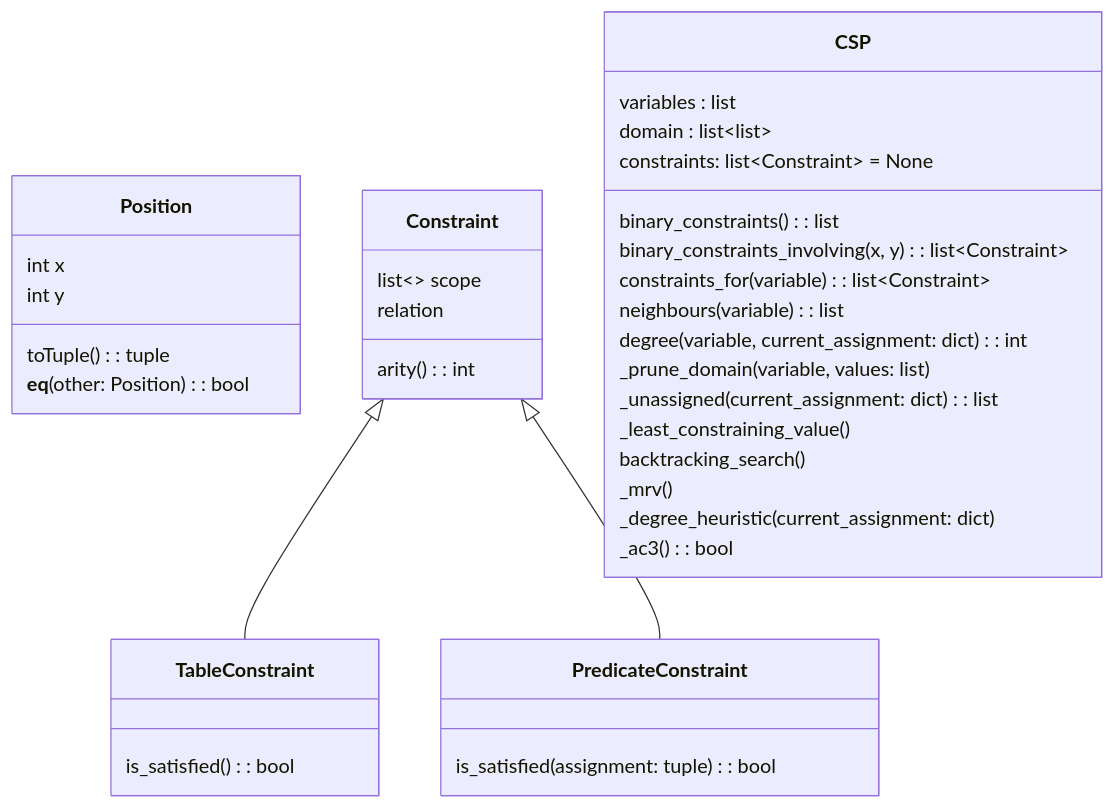
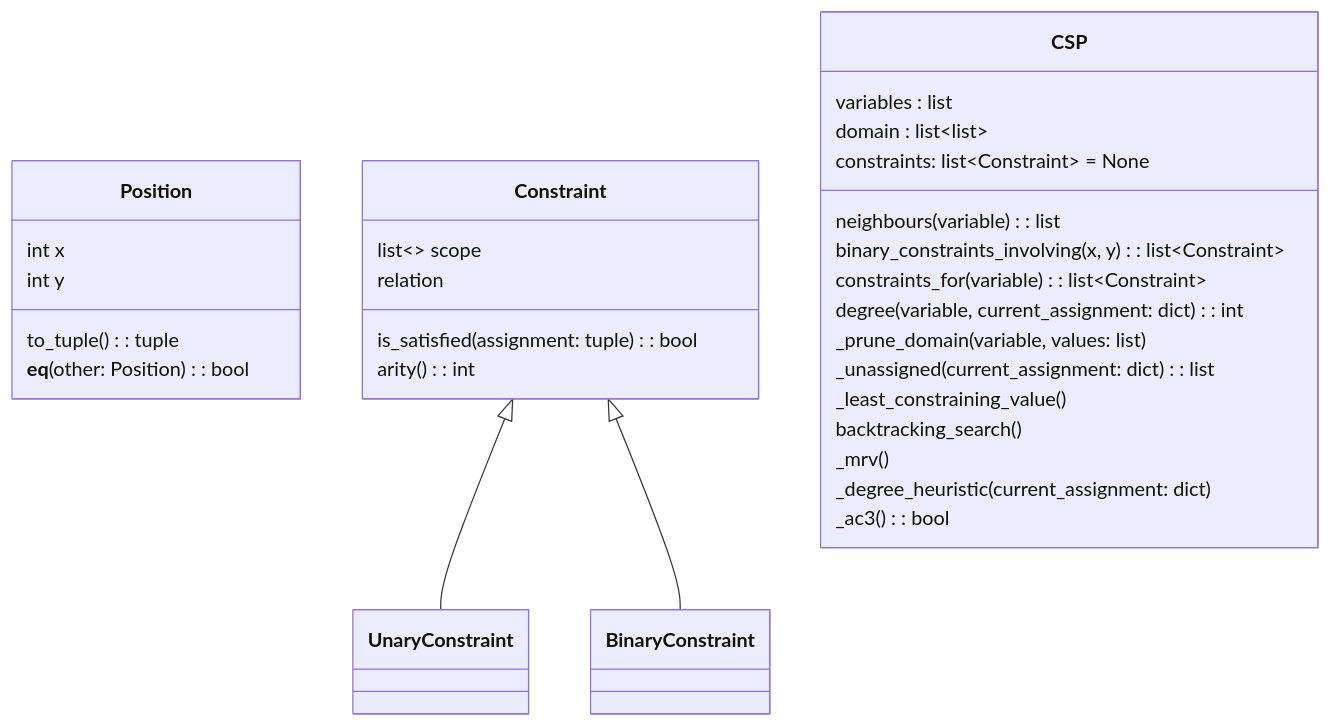
Before and after one commit to juliadeg/Labyrinth: the diagram in UML.md, drawn with Mermaid. The commit also changed 3 other files, not shown here.

````diff
--- a/UML.md
+++ b/UML.md
@@ -4,59 +4,59 @@
 ```mermaid
 classDiagram
     class Position {
         int x
         int y
 
-        toTuple() : tuple
+        to_tuple() : tuple
         __eq__(other: Position) : bool
     }
 
     class Constraint {
         list~~ scope
         relation
 
+        is_satisfied(assignment: tuple) : bool
         arity() : int
     }
     
-    class TableConstraint{
-        is_satisfied() : bool
+    class UnaryConstraint{
+
+        }
+
+    Constraint <|-- UnaryConstraint
+
+    class BinaryConstraint{
+        
     }
 
-    Constraint <|-- TableConstraint
-
-    class PredicateConstraint{
-        is_satisfied(assignment: tuple) : bool
-    }
-
-    Constraint <|-- PredicateConstraint
+    Constraint <|-- BinaryConstraint
 
     class CSP {
         variables : list 
         domain : list~list~
         constraints: list~Constraint~ = None
         
-        binary_constraints() : list
+        neighbours(variable) : list
+        
         binary_constraints_involving(x, y) : list~Constraint~
 
         constraints_for(variable) : list~Constraint~
-
-        neighbours(variable) : list
 
         degree(variable, current_assignment: dict) : int
         
         _prune_domain(variable, values: list)
 
         _unassigned(current_assignment: dict) : list 
 
         _least_constraining_value()
 
         backtracking_search()
 
         _mrv()
 
         _degree_heuristic(current_assignment: dict)
 
         _ac3() : bool
     }
 
 ```
````
